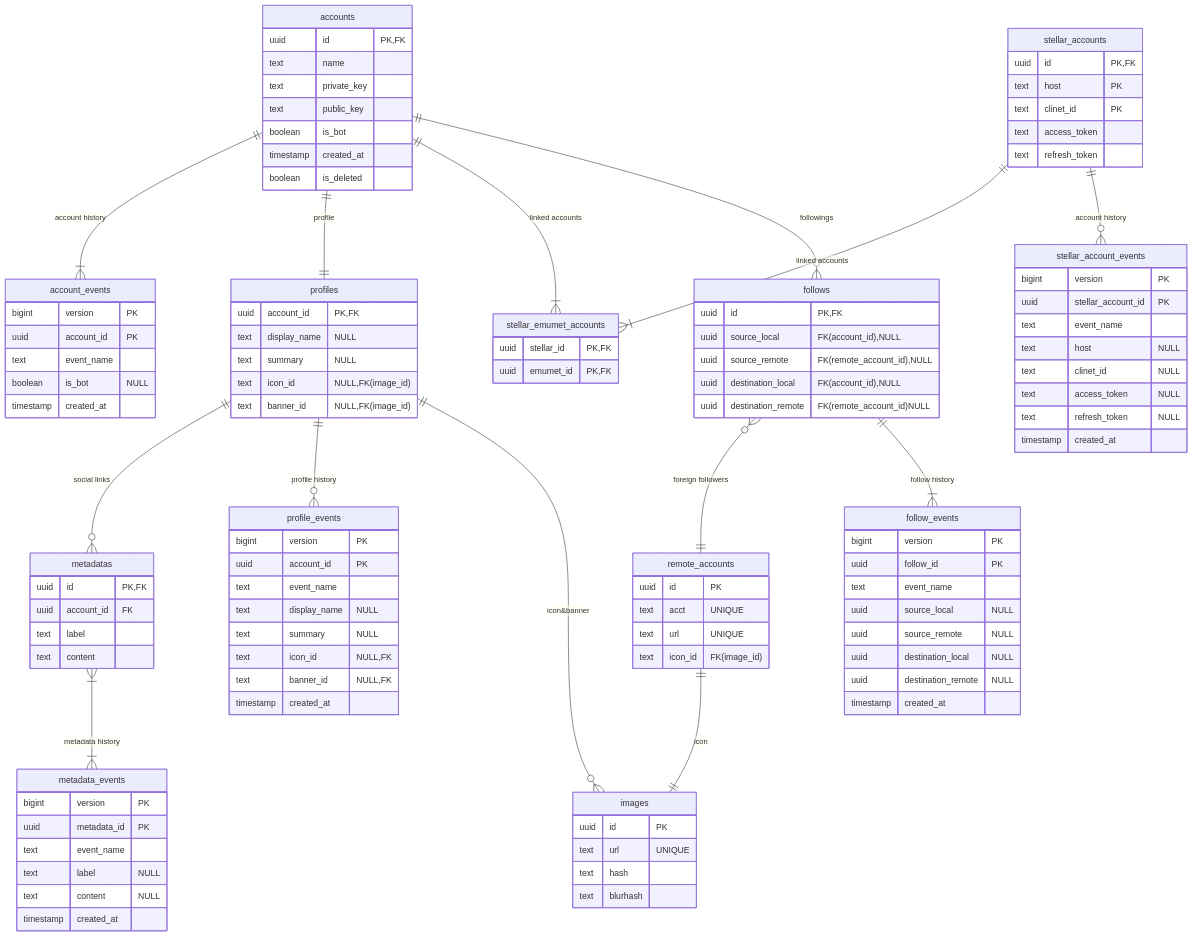
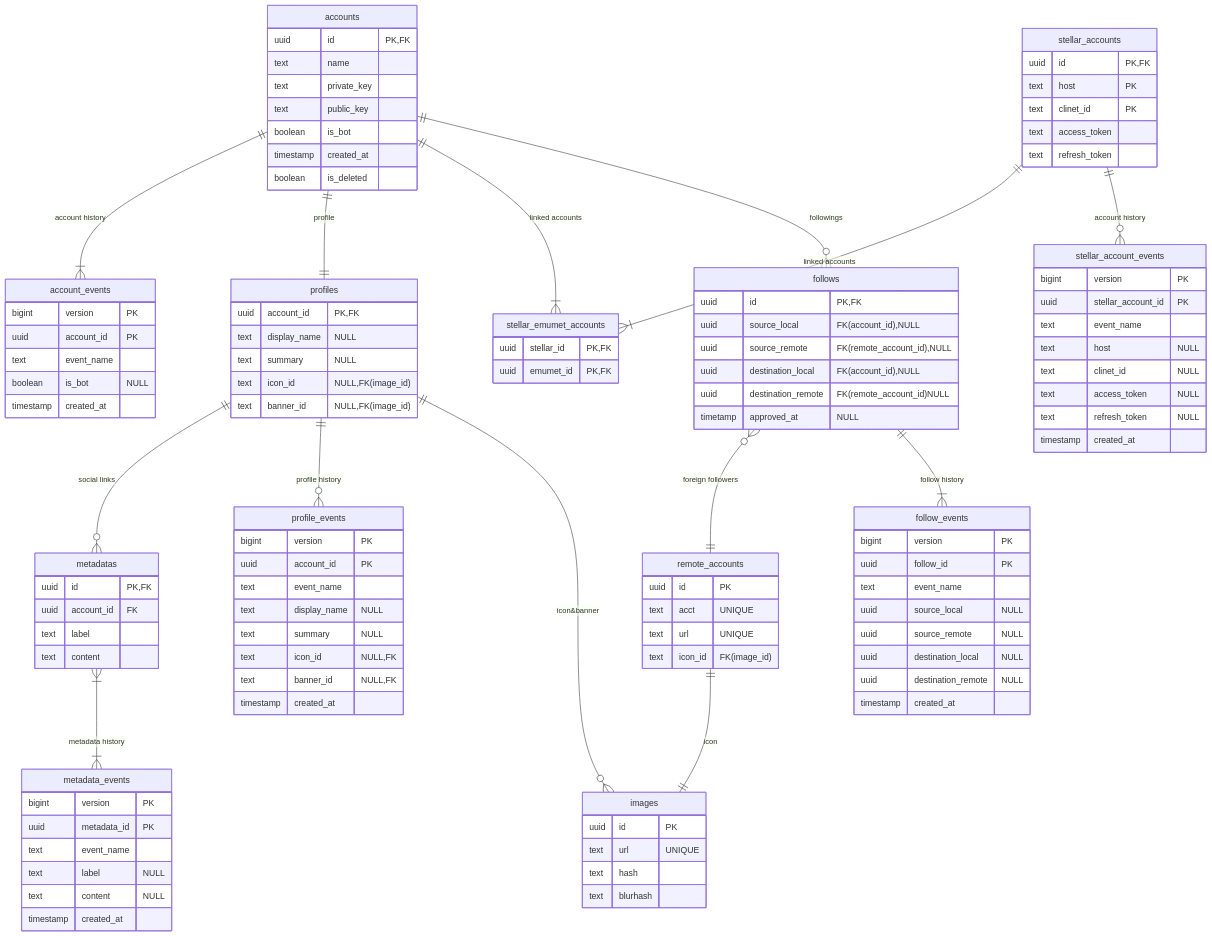
Before and after one commit to ShuttlePub/document: the diagram in packages/document/docs/emumet/data-structure.md, drawn with Mermaid.

Commit message:
Add approved_at column

```diff
--- a/packages/document/docs/emumet/data-structure.md
+++ b/packages/document/docs/emumet/data-structure.md
@@ -78,6 +78,7 @@
         uuid source_remote "FK(remote_account_id),NULL"
         uuid destination_local "FK(account_id),NULL"
         uuid destination_remote "FK(remote_account_id)NULL"
+        timetamp approved_at "NULL"
     }
     follow_events {
         bigint version "PK"
```
